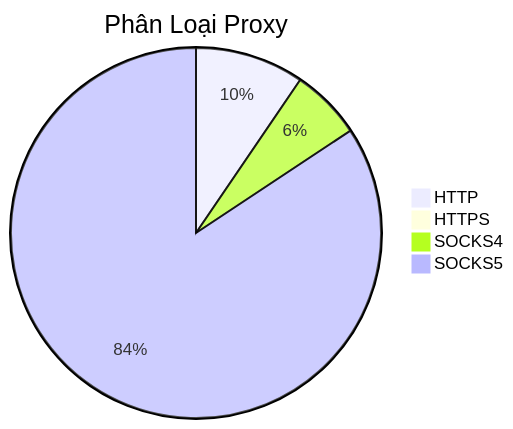
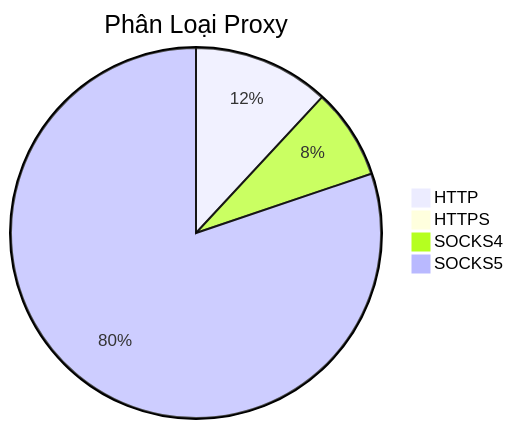
The diagram in README.md (Ciara-Aa/PROXY-free), drawn with Mermaid before and after one commit. The commit also changed other lines of this file and 4 other files, not shown here.

````diff
--- a/README.md
+++ b/README.md
@@ -26,7 +26,7 @@
 ```mermaid
 pie title Phân Loại Proxy
-    "HTTP" : 431
-    "HTTPS" : 1
-    "SOCKS4" : 280
-    "SOCKS5" : 3821
+    "HTTP" : 444
+    "HTTPS" : 2
+    "SOCKS4" : 295
+    "SOCKS5" : 2990
 ```
````
